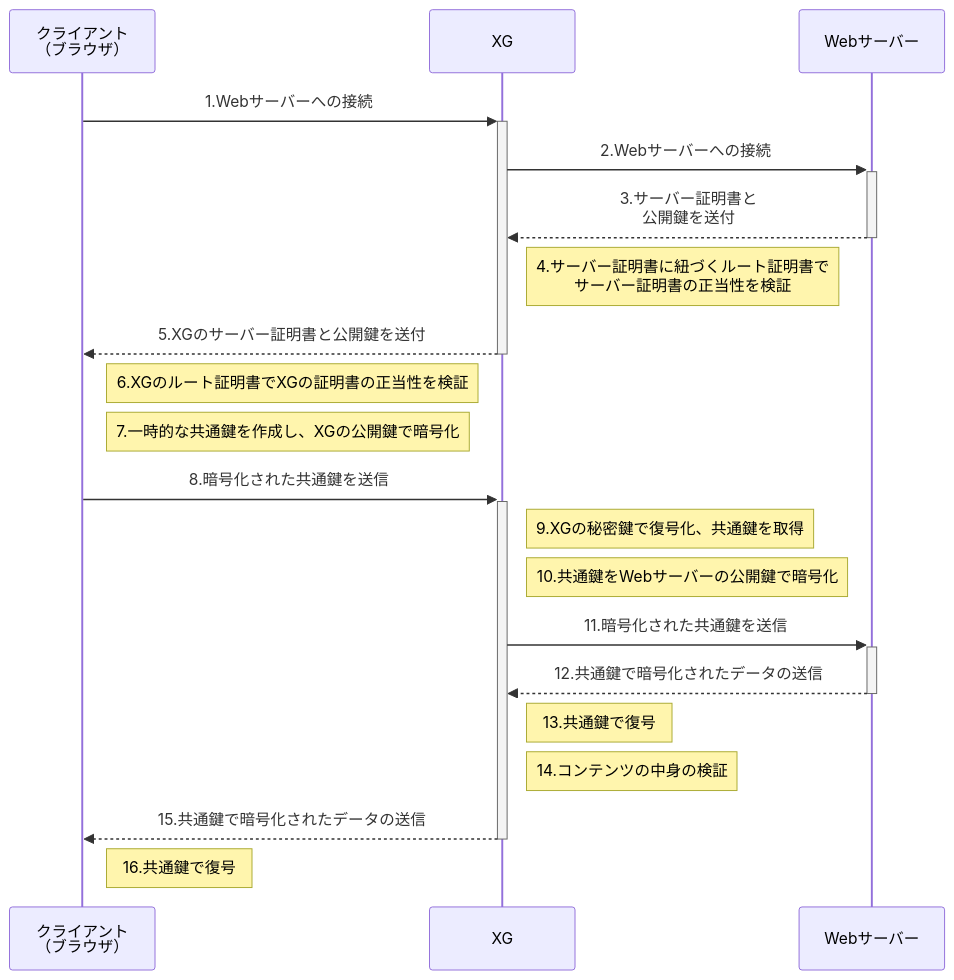
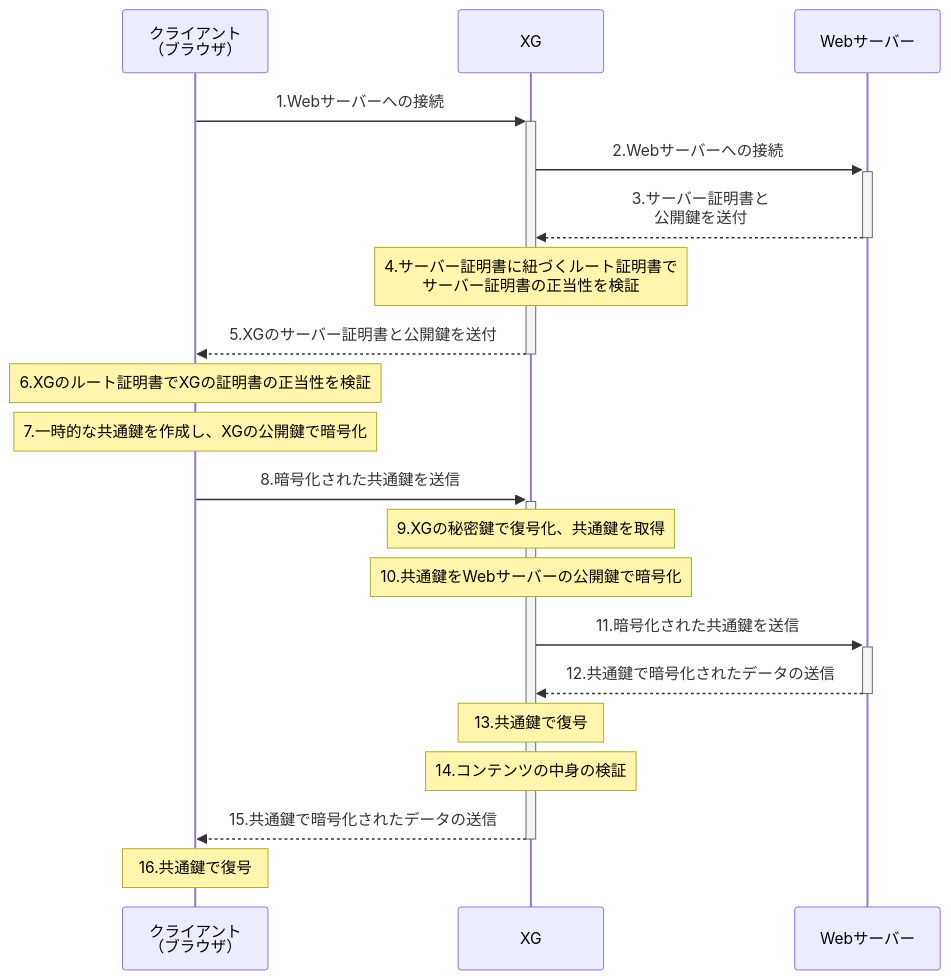
One commit to yoshi0808/new-technology changed the diagram in source/_posts/ssl-inspection.md. Above: the diagram before and after it, drawn with Mermaid. The commit also changed other lines of this file and 9 other files, not shown here.

```diff
--- a/source/_posts/ssl-inspection.md
+++ b/source/_posts/ssl-inspection.md
@@ -31,24 +31,24 @@
 {% mermaid sequenceDiagram %}
 
       participant cl as クライアント<br>（ブラウザ）
       participant xg as XG
       participant sv as Webサーバー
 
       cl ->>+ xg : 1.Webサーバーへの接続
       xg ->>+ sv : 2.Webサーバーへの接続
       sv -->>- xg : 3.サーバー証明書と<br>公開鍵を送付
-      Note right of xg: 4.サーバー証明書に紐づくルート証明書で<br>サーバー証明書の正当性を検証
+      Note over xg: 4.サーバー証明書に紐づくルート証明書で<br>サーバー証明書の正当性を検証
       xg -->>- cl : 5.XGのサーバー証明書と公開鍵を送付
-      Note right of cl: 6.XGのルート証明書でXGの証明書の正当性を検証
-      Note right of cl: 7.一時的な共通鍵を作成し、XGの公開鍵で暗号化
+      Note over cl: 6.XGのルート証明書でXGの証明書の正当性を検証
+      Note over cl: 7.一時的な共通鍵を作成し、XGの公開鍵で暗号化
       cl ->>+ xg : 8.暗号化された共通鍵を送信
-      Note right of xg: 9.XGの秘密鍵で復号化、共通鍵を取得
-      Note right of xg : 10.共通鍵をWebサーバーの公開鍵で暗号化
+      Note over xg: 9.XGの秘密鍵で復号化、共通鍵を取得
+      Note over xg : 10.共通鍵をWebサーバーの公開鍵で暗号化
       xg ->>+ sv : 11.暗号化された共通鍵を送信
       sv -->>- xg : 12.共通鍵で暗号化されたデータの送信
-      Note right of xg: 13.共通鍵で復号
-      Note right of xg: 14.コンテンツの中身の検証
+      Note over xg: 13.共通鍵で復号
+      Note over xg: 14.コンテンツの中身の検証
       xg -->>- cl : 15.共通鍵で暗号化されたデータの送信
-      Note right of cl: 16.共通鍵で復号
+      Note over cl: 16.共通鍵で復号
 
 {% endmermaid %}
```
